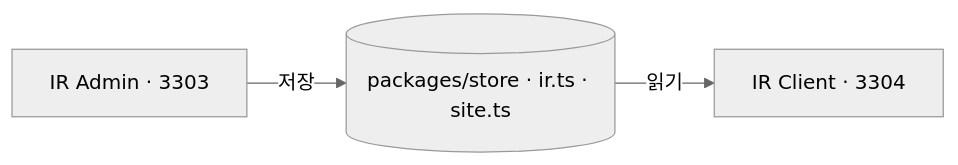
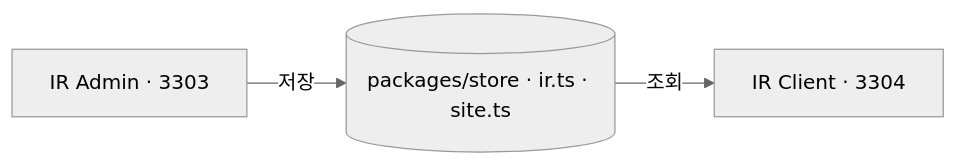
The diagram in apps/ir-admin/docs/admin-mapping.md (Tuki-Dev-Ops/WinPilot-Product), drawn with Mermaid (neutral theme) before and after one commit. The commit also changed other lines of this file and 3 other files, not shown here.

````diff
--- a/apps/ir-admin/docs/admin-mapping.md
+++ b/apps/ir-admin/docs/admin-mapping.md
@@ -6,5 +6,5 @@
 ```mermaid
 flowchart LR
   A[IR Admin · 3303] -->|저장| S[(packages/store · ir.ts · site.ts)]
-  S -->|읽기| C[IR Client · 3304]
+  S -->|조회| C[IR Client · 3304]
 ```
````
